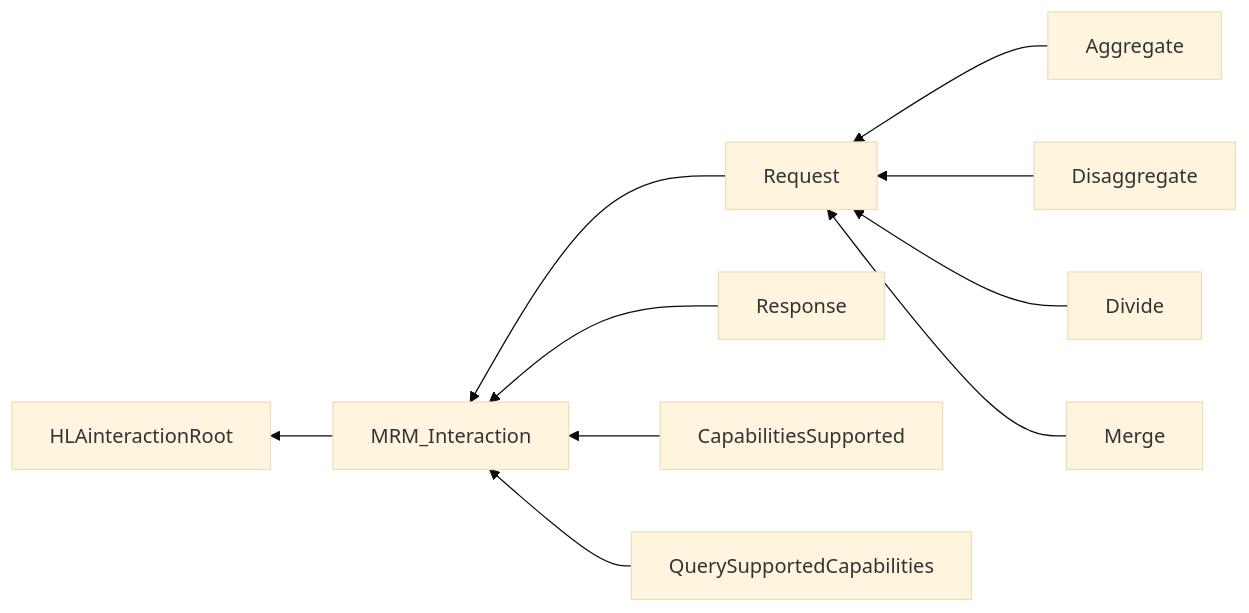
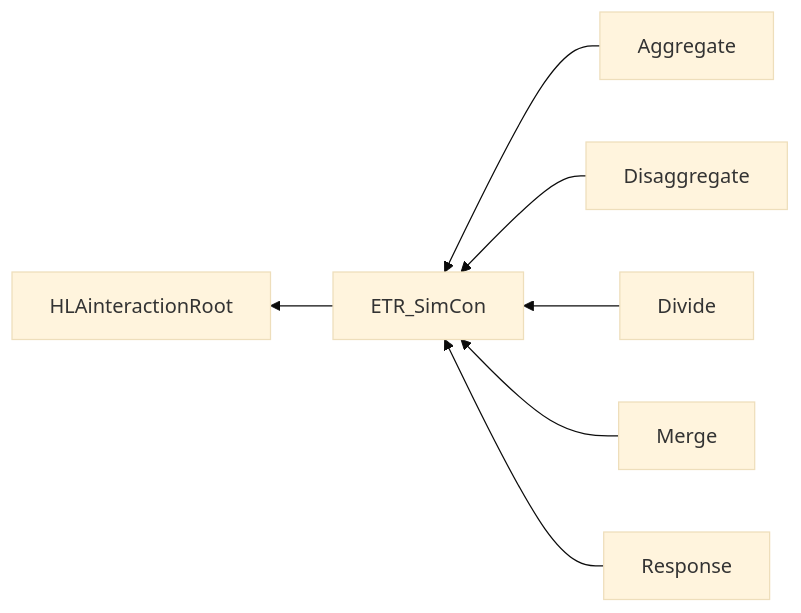
Diagram 11 of 11 in NETN-MRM.md (AMSP-04/NETN-MRM), drawn with Mermaid (base theme) before and after one commit. The commit also changed other lines of this file and 1 other file, not shown here.

````diff
--- a/NETN-MRM.md
+++ b/NETN-MRM.md
@@ -364,12 +321,9 @@
 ```mermaid
 graph RL
-MRM_Interaction-->HLAinteractionRoot
-Request-->MRM_Interaction
-Response-->MRM_Interaction
-CapabilitiesSupported-->MRM_Interaction
-QuerySupportedCapabilities-->MRM_Interaction
-Aggregate-->Request
-Disaggregate-->Request
-Divide-->Request
-Merge-->Request
+ETR_SimCon-->HLAinteractionRoot
+Aggregate-->ETR_SimCon
+Disaggregate-->ETR_SimCon
+Divide-->ETR_SimCon
+Merge-->ETR_SimCon
+Response-->ETR_SimCon
 ```
````
